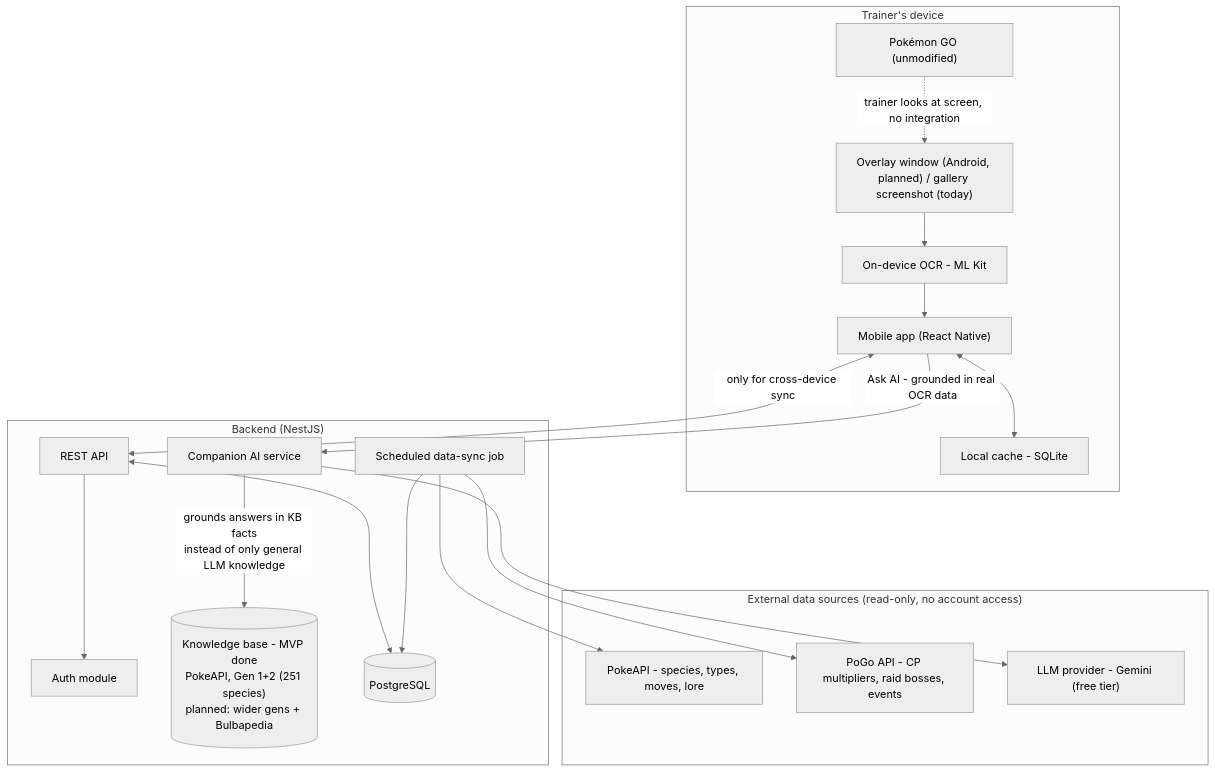
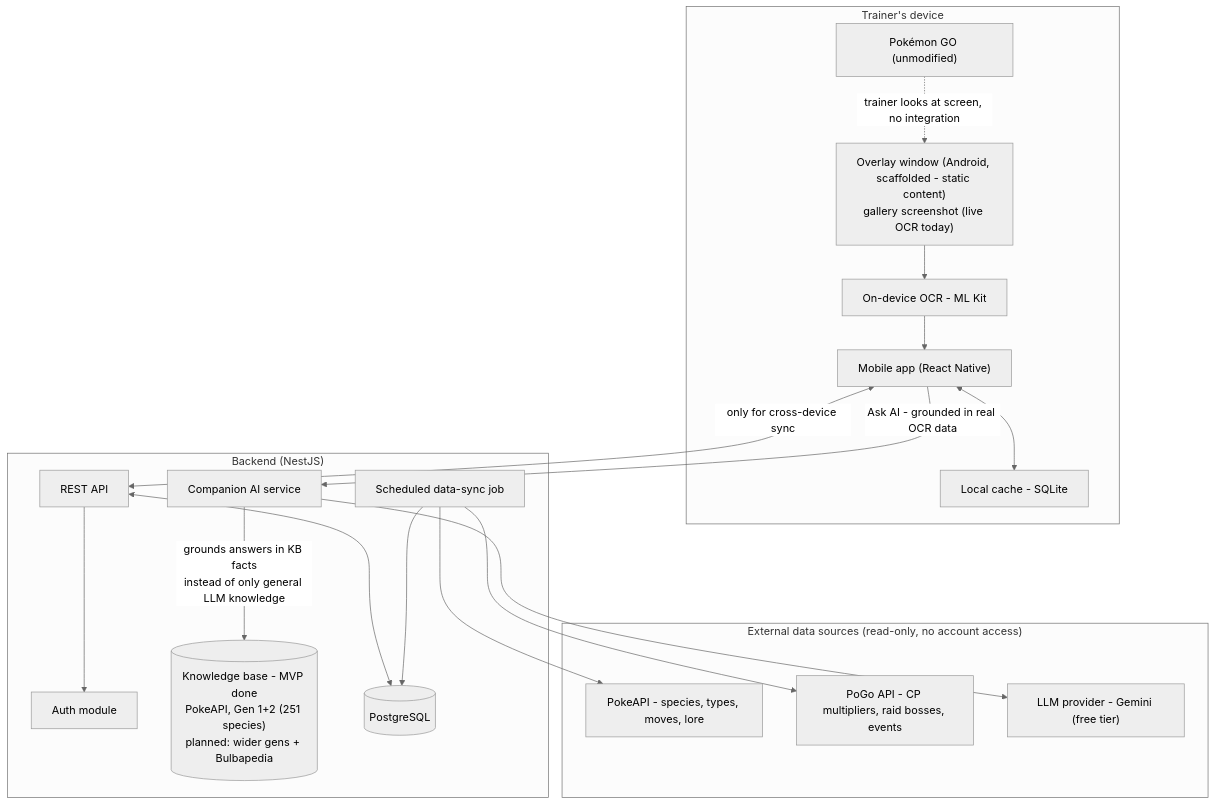
The diagram in docs/architecture.md (leodah20/pokemon-trainer-companion), drawn with Mermaid (neutral theme) before and after one commit. The commit also changed other lines of this file and 13 other files, not shown here.

````diff
--- a/docs/architecture.md
+++ b/docs/architecture.md
@@ -10,39 +10,39 @@
 ```mermaid
 flowchart TB
     subgraph Device["Trainer's device"]
         PogoApp["Pokémon GO (unmodified)"]
-        Overlay["Overlay window (Android, planned) / gallery screenshot (today)"]
+        Overlay["Overlay window (Android, scaffolded - static content)\ngallery screenshot (live OCR today)"]
         OCR["On-device OCR - ML Kit"]
         LocalDB["Local cache - SQLite"]
         MobileApp["Mobile app (React Native)"]
     end
 
     subgraph Cloud["Backend (NestJS)"]
         API["REST API"]
         Auth["Auth module"]
         SyncJob["Scheduled data-sync job"]
         Companion["Companion AI service"]
         KB[("Knowledge base - MVP done\nPokeAPI, Gen 1+2 (251 species)\nplanned: wider gens + Bulbapedia")]
         Postgres[("PostgreSQL")]
     end
 
     subgraph External["External data sources (read-only, no account access)"]
         PokeAPI["PokeAPI - species, types, moves, lore"]
         PoGoAPI["PoGo API - CP multipliers, raid bosses, events"]
         LLM["LLM provider - Gemini (free tier)"]
     end
 
     PogoApp -. "trainer looks at screen, no integration" .-> Overlay
     Overlay --> OCR
     OCR --> MobileApp
     MobileApp <--> LocalDB
     MobileApp <-- "only for cross-device sync" --> API
     MobileApp -- "Ask AI - grounded in real OCR data" --> Companion
     Companion --> LLM
     Companion -- "grounds answers in KB facts\ninstead of only general LLM knowledge" --> KB
     API --> Auth
     API <--> Postgres
     SyncJob --> PokeAPI
     SyncJob --> PoGoAPI
     SyncJob --> Postgres
 ```
````
